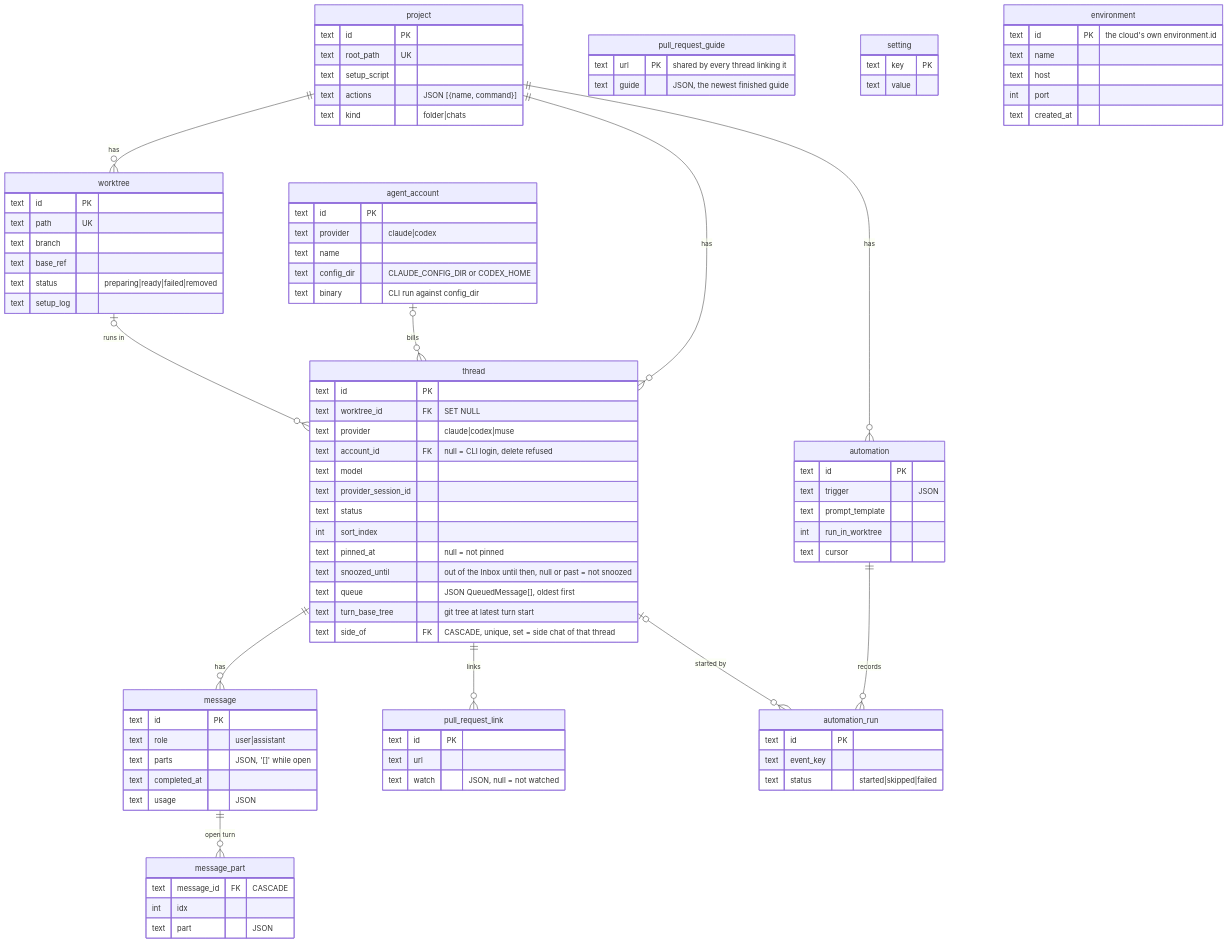
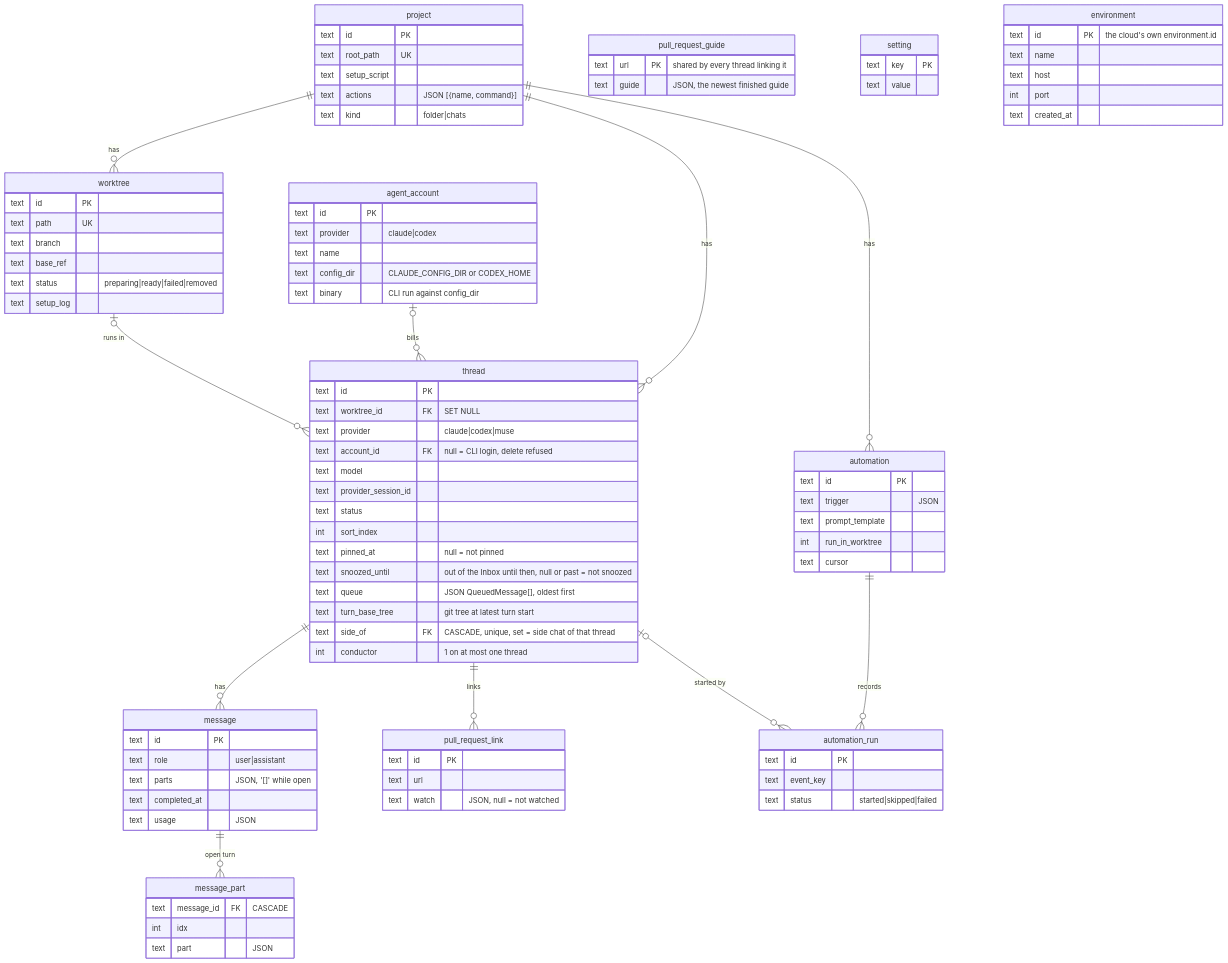
One commit to hinadev-ai/hinacode changed diagram 12 of 17 in docs/arch.md. Above: the diagram before and after it, drawn with Mermaid. The commit also changed other lines of this file and 20 other files, not shown here.

```diff
--- a/docs/arch.md
+++ b/docs/arch.md
@@ -435,6 +435,7 @@
     text queue "JSON QueuedMessage[], oldest first"
     text turn_base_tree "git tree at latest turn start"
     text side_of FK "CASCADE, unique, set = side chat of that thread"
+    int conductor "1 on at most one thread"
   }
   message {
     text id PK
```
